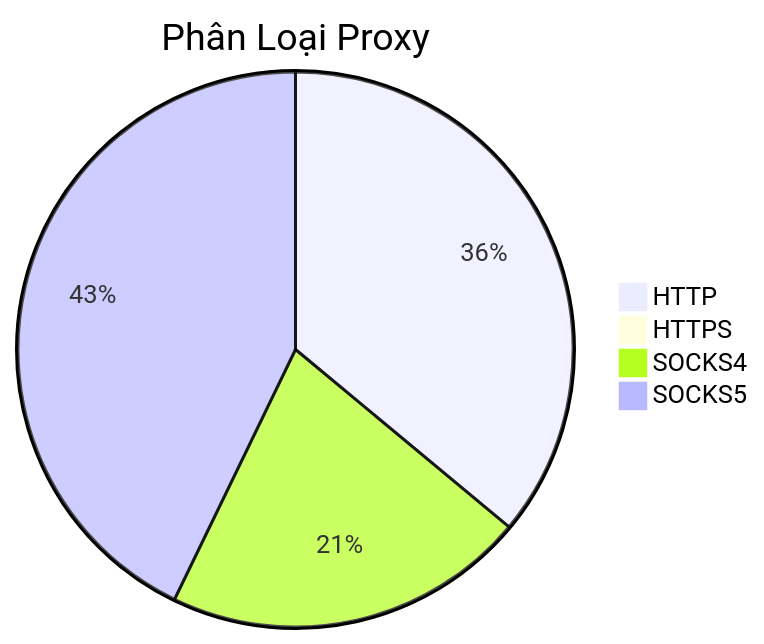
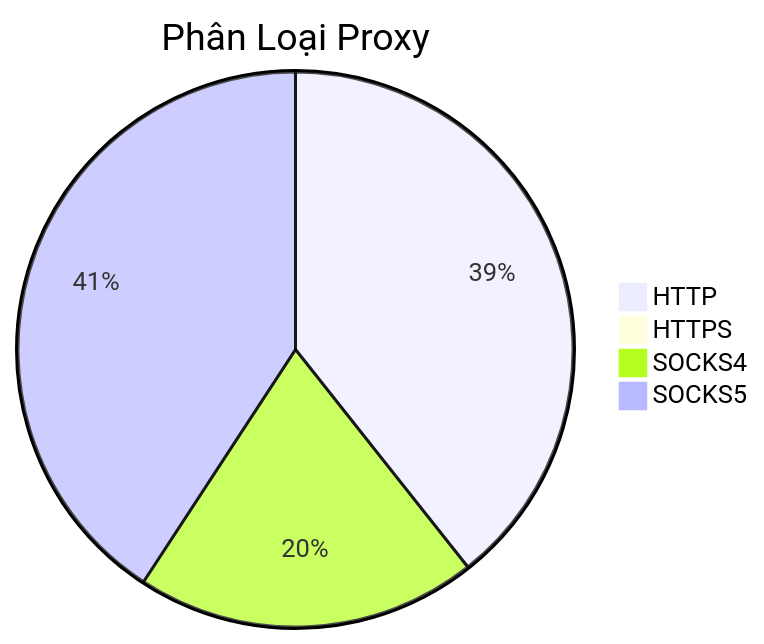
The diagram in README.md (Ciara-Aa/PROXY-free), drawn with Mermaid before and after one commit. The commit also changed other lines of this file and 4 other files, not shown here.

````diff
--- a/README.md
+++ b/README.md
@@ -26,7 +26,7 @@
 ```mermaid
 pie title Phân Loại Proxy
-    "HTTP" : 467
-    "HTTPS" : 6
-    "SOCKS4" : 274
-    "SOCKS5" : 555
+    "HTTP" : 546
+    "HTTPS" : 4
+    "SOCKS4" : 276
+    "SOCKS5" : 566
 ```
````
